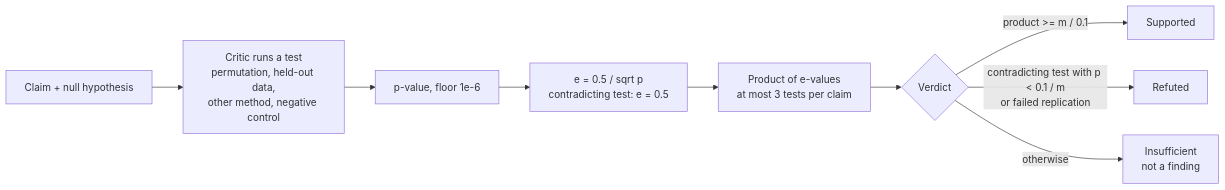
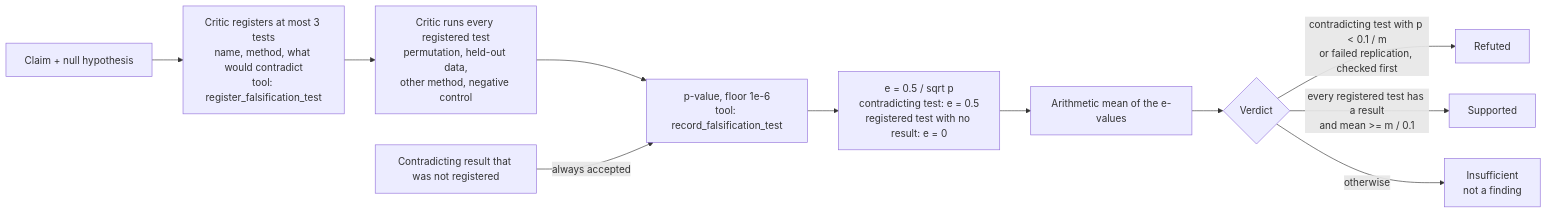
The third of 3 diagrams in glhf/docs/DESIGN.md (itsbrendandang/agent-test), drawn with Mermaid before and after one commit. The commit also changed other lines of this file and 10 other files, not shown here.

Commit message:
Docs: match code at HEAD (ledger registration and mean, lesson approval, 9-site search allow-list, contract check, engine handler split, scoreboard pairing, BixBench v1 adapter, Docker quick start, real test counts)

````diff
--- a/glhf/docs/DESIGN.md
+++ b/glhf/docs/DESIGN.md
@@ -128,11 +159,13 @@
 ```mermaid
 flowchart LR
-    A[Claim + null hypothesis] --> B[Critic runs a test<br/>permutation, held-out data,<br/>other method, negative control]
-    B --> C[p-value, floor 1e-6]
-    C --> D[e = 0.5 / sqrt p<br/>contradicting test: e = 0.5]
-    D --> E[Product of e-values<br/>at most 3 tests per claim]
+    A[Claim + null hypothesis] --> R[Critic registers at most 3 tests<br/>name, method, what would contradict<br/>tool: register_falsification_test]
+    R --> B[Critic runs every registered test<br/>permutation, held-out data,<br/>other method, negative control]
+    B --> C[p-value, floor 1e-6<br/>tool: record_falsification_test]
+    C --> D[e = 0.5 / sqrt p<br/>contradicting test: e = 0.5<br/>registered test with no result: e = 0]
+    D --> E[Arithmetic mean of the e-values]
     E --> F{Verdict}
-    F -->|product >= m / 0.1| G[Supported]
-    F -->|contradicting test with p < 0.1 / m<br/>or failed replication| H[Refuted]
+    F -->|contradicting test with p < 0.1 / m<br/>or failed replication, checked first| H[Refuted]
+    F -->|every registered test has a result<br/>and mean >= m / 0.1| G[Supported]
     F -->|otherwise| I[Insufficient<br/>not a finding]
+    X[Contradicting result that was not registered] -->|always accepted| C
 ```
````
